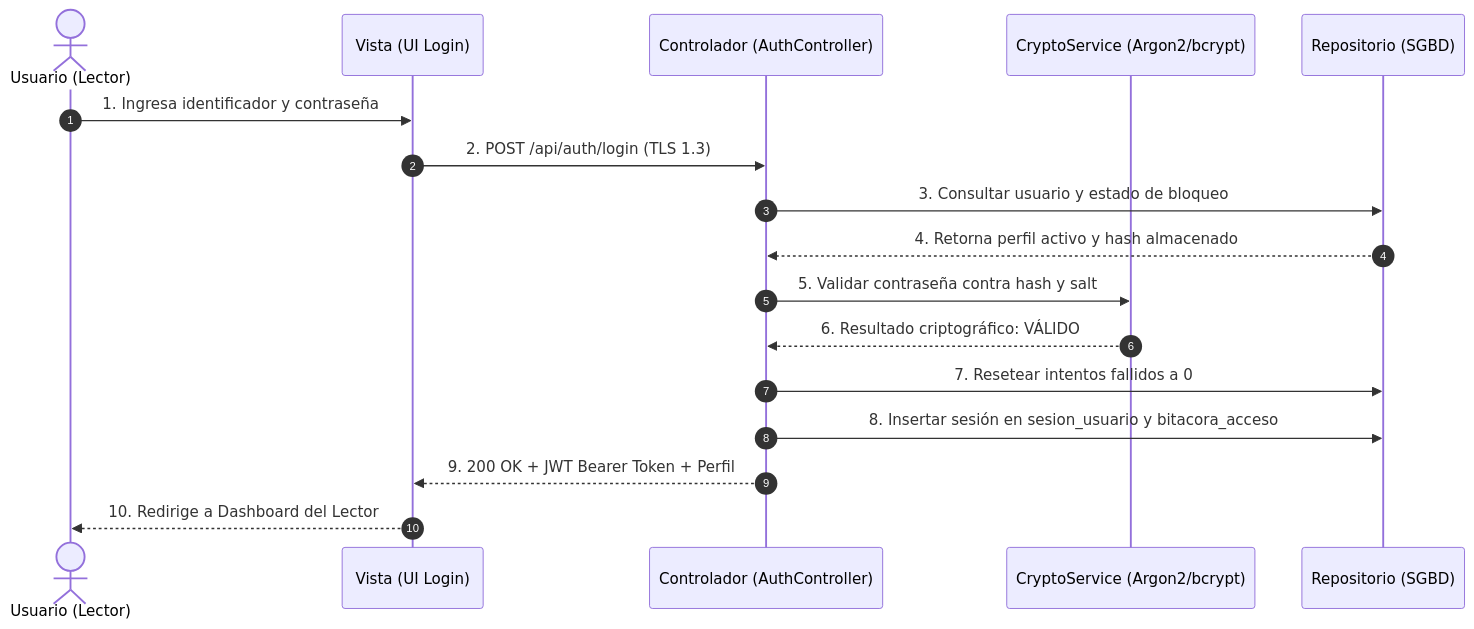
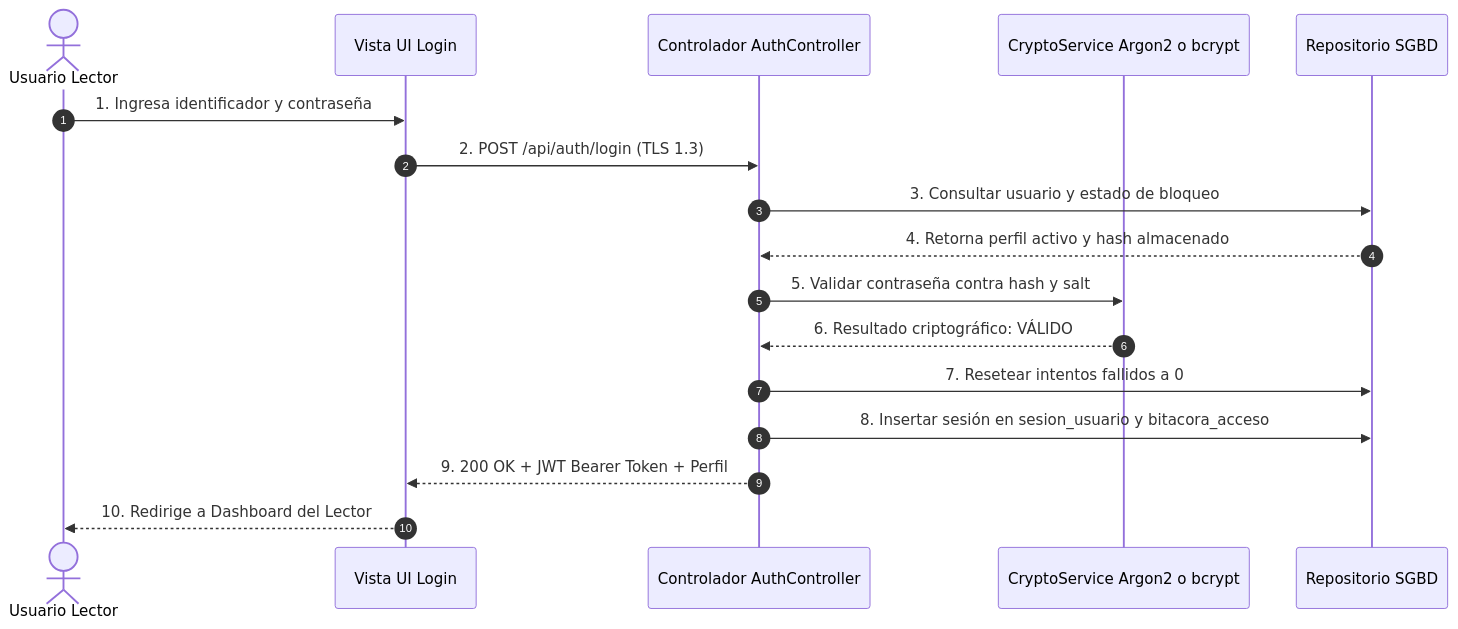
Before and after one commit to Nataliadleon/Proyecto-integrador: the sixth of 6 diagrams in AMSI/1.2 Modelado del Negocio y Casos de Uso.md, drawn with Mermaid. The commit also changed other lines of this file, not shown here.

Commit message:
Fix: Corregir sintaxis Mermaid en diagramas 2.1, 2.2, 2.3 y secuencia para renderizado en GitHub

````diff
--- a/AMSI/1.2 Modelado del Negocio y Casos de Uso.md
+++ b/AMSI/1.2 Modelado del Negocio y Casos de Uso.md
@@ -212,20 +212,20 @@
 ```mermaid
 sequenceDiagram
     autonumber
-    actor U as Usuario (Lector)
-    participant V as Vista (UI Login)
-    participant C as Controlador (AuthController)
-    participant S as CryptoService (Argon2/bcrypt)
-    participant R as Repositorio (SGBD)
+    actor U as Usuario Lector
+    participant V as Vista UI Login
+    participant C as Controlador AuthController
+    participant S as CryptoService Argon2 o bcrypt
+    participant R as Repositorio SGBD
 
     U->>V: 1. Ingresa identificador y contraseña
     V->>C: 2. POST /api/auth/login (TLS 1.3)
     C->>R: 3. Consultar usuario y estado de bloqueo
     R-->>C: 4. Retorna perfil activo y hash almacenado
     C->>S: 5. Validar contraseña contra hash y salt
     S-->>C: 6. Resultado criptográfico: VÁLIDO
     C->>R: 7. Resetear intentos fallidos a 0
     C->>R: 8. Insertar sesión en sesion_usuario y bitacora_acceso
     C-->>V: 9. 200 OK + JWT Bearer Token + Perfil
     V-->>U: 10. Redirige a Dashboard del Lector
 ```
````
